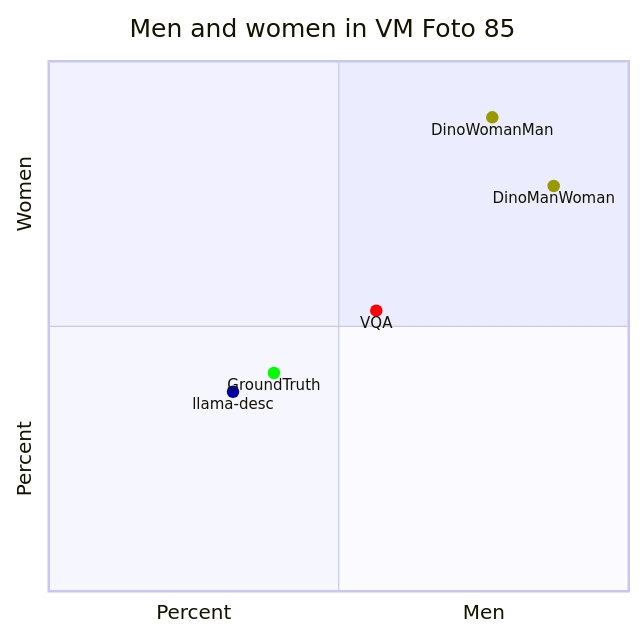
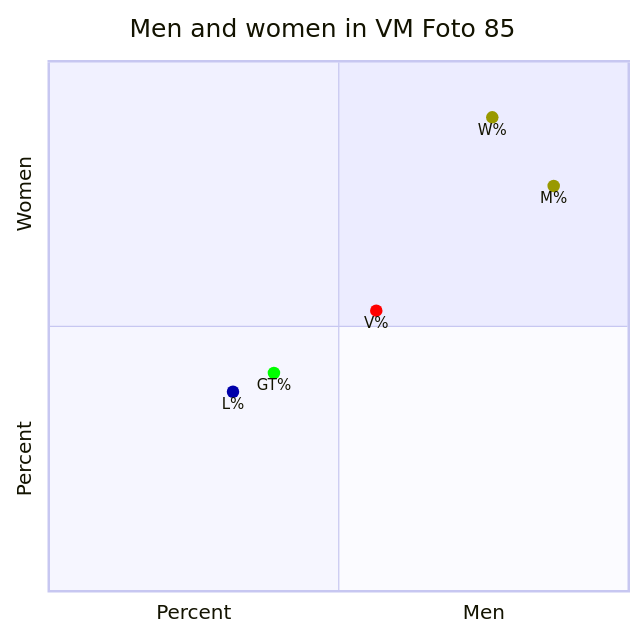
One commit to Modern36/tropes_1500 changed the eighth of 11 diagrams in browser/scatter.md. Above: the diagram before and after it, drawn with Mermaid. The commit also changed other lines of this file and 1 other file, not shown here.

````diff
--- a/browser/scatter.md
+++ b/browser/scatter.md
@@ -127,12 +124,12 @@
 ```mermaid
 quadrantChart
     title Men and women in VM Foto 85
     x-axis Percent --> Men
     y-axis Percent --> Women
-    DinoManWoman: [0.8705882352941177, 0.7647058823529411] color: #999900
-    DinoWomanMan: [0.7647058823529411, 0.8941176470588236] color: #999900
-    GroundTruth: [0.38823529411764707, 0.4117647058823529] color: #00FF00
-    VQA: [0.5647058823529412, 0.5294117647058824] color: #FF0000
-    llama-desc: [0.3176470588235294, 0.3764705882352941] color: #0000AA
+    M%: [0.8705882352941177, 0.7647058823529411] color: #999900
+    W%: [0.7647058823529411, 0.8941176470588236] color: #999900
+    GT%: [0.38823529411764707, 0.4117647058823529] color: #00FF00
+    V%: [0.5647058823529412, 0.5294117647058824] color: #FF0000
+    L%: [0.3176470588235294, 0.3764705882352941] color: #0000AA
 
 ```
````
